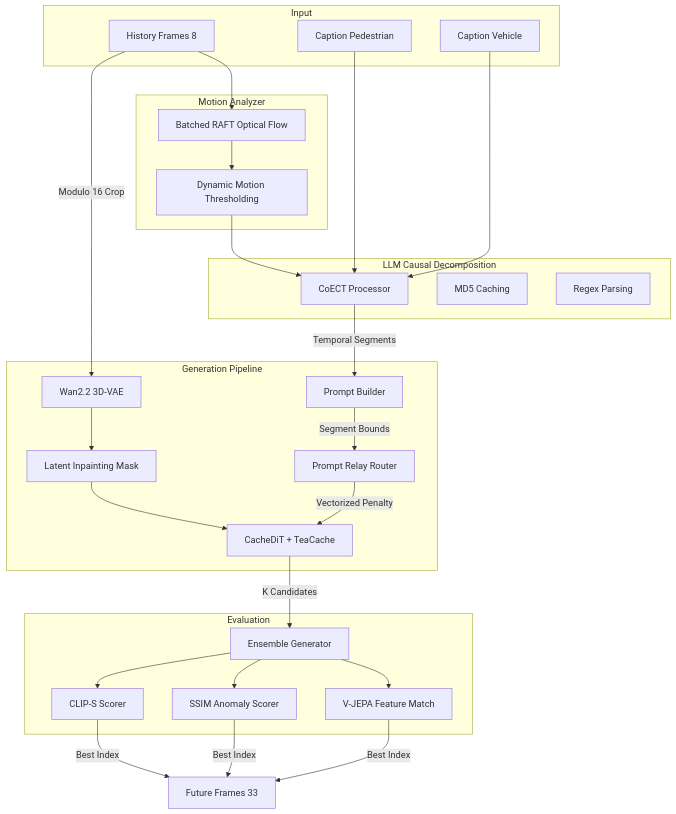
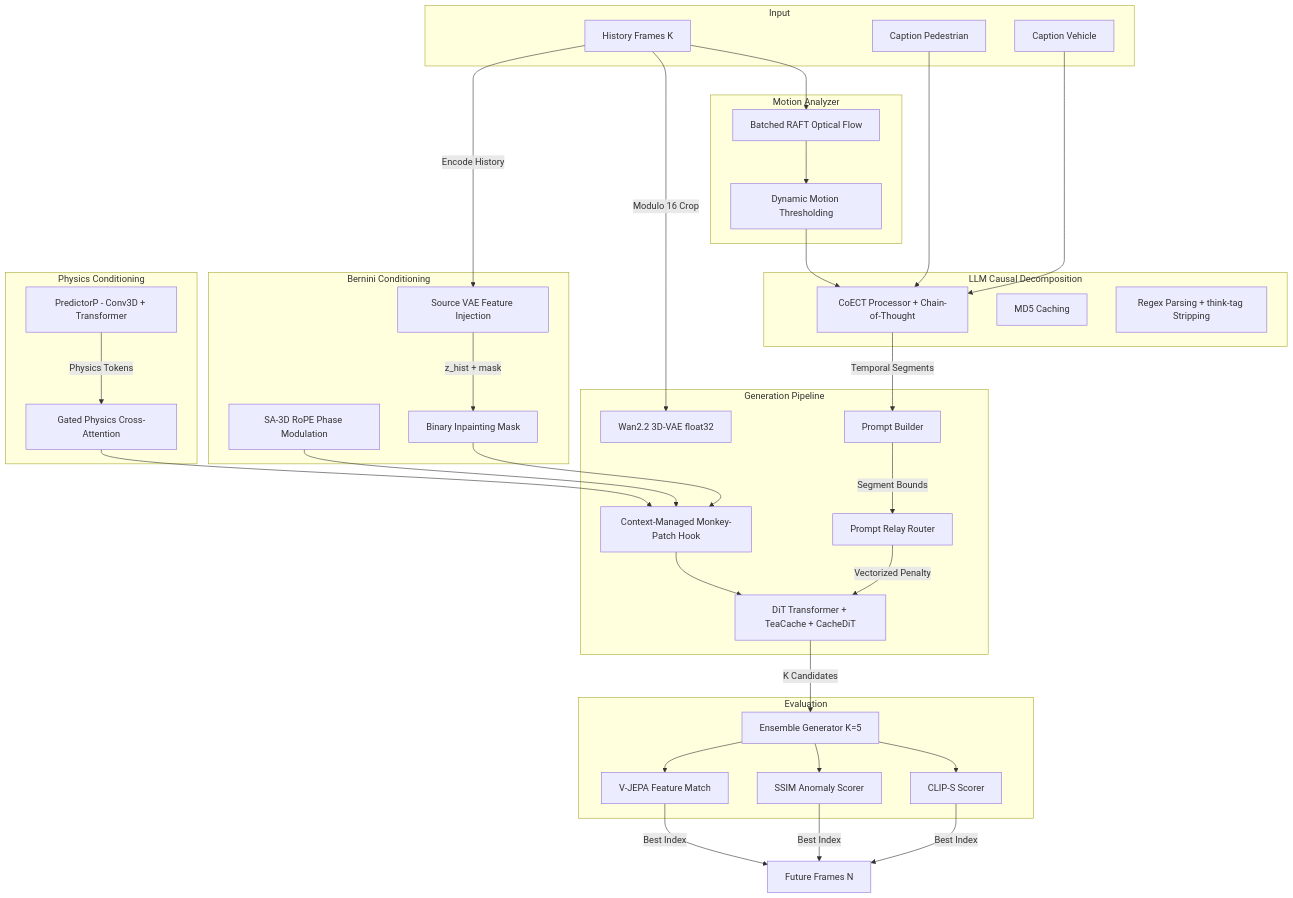
The diagram in README.md (Khangle-2006/AICITY_Track_5), drawn with Mermaid before and after one commit. The commit also changed other lines of this file and 9 other files, not shown here.

Commit message:
feat: integrate Bernini and Physics-gated modules, fix pipeline bugs and batch dimension mismatch

````diff
--- a/README.md
+++ b/README.md
@@ -16,51 +20,68 @@
 ```mermaid
 graph TD
     subgraph Input
-        H[History Frames 8]
+        H[History Frames K]
         CP[Caption Pedestrian]
         CV[Caption Vehicle]
     end
 
     subgraph Motion Analyzer
         RAFT[Batched RAFT Optical Flow]
         DMT[Dynamic Motion Thresholding]
     end
 
     subgraph LLM Causal Decomposition
-        COECT[CoECT Processor]
+        COECT[CoECT Processor + Chain-of-Thought]
         MD5[MD5 Caching]
-        JSON[Regex Parsing]
+        JSON[Regex Parsing + think-tag Stripping]
+    end
+
+    subgraph Bernini Conditioning
+        ROPE[SA-3D RoPE Phase Modulation]
+        VAEINJ[Source VAE Feature Injection]
+        MASK[Binary Inpainting Mask]
+    end
+
+    subgraph Physics Conditioning
+        PP[PredictorP - Conv3D + Transformer]
+        PCA[Gated Physics Cross-Attention]
     end
 
     subgraph Generation Pipeline
         PB[Prompt Builder]
         PR[Prompt Relay Router]
-        VAE[Wan2.2 3D-VAE]
-        DIT[CacheDiT + TeaCache]
-        LI[Latent Inpainting Mask]
+        VAE[Wan2.2 3D-VAE float32]
+        DIT[DiT Transformer + TeaCache + CacheDiT]
+        HOOK[Context-Managed Monkey-Patch Hook]
     end
     
     subgraph Evaluation
-        EG[Ensemble Generator]
+        EG[Ensemble Generator K=5]
         CLIPS[CLIP-S Scorer]
         SSIM[SSIM Anomaly Scorer]
         VJEPA[V-JEPA Feature Match]
     end
 
     H --> RAFT
     RAFT --> DMT
     DMT --> COECT
     CP --> COECT
     CV --> COECT
     
     COECT --> |Temporal Segments| PB
     PB --> |Segment Bounds| PR
     
     H --> |Modulo 16 Crop| VAE
-    VAE --> LI
-    LI --> DIT
+    H --> |Encode History| VAEINJ
+    VAEINJ --> |z_hist + mask| MASK
+    MASK --> HOOK
+    ROPE --> HOOK
+    PP --> |Physics Tokens| PCA
+    PCA --> HOOK
+    
+    HOOK --> DIT
     PR --> |Vectorized Penalty| DIT
     DIT --> |K Candidates| EG
     EG --> CLIPS & SSIM & VJEPA
-    CLIPS & SSIM & VJEPA --> |Best Index| Output[Future Frames 33]
+    CLIPS & SSIM & VJEPA --> |Best Index| Output[Future Frames N]
 ```
````
